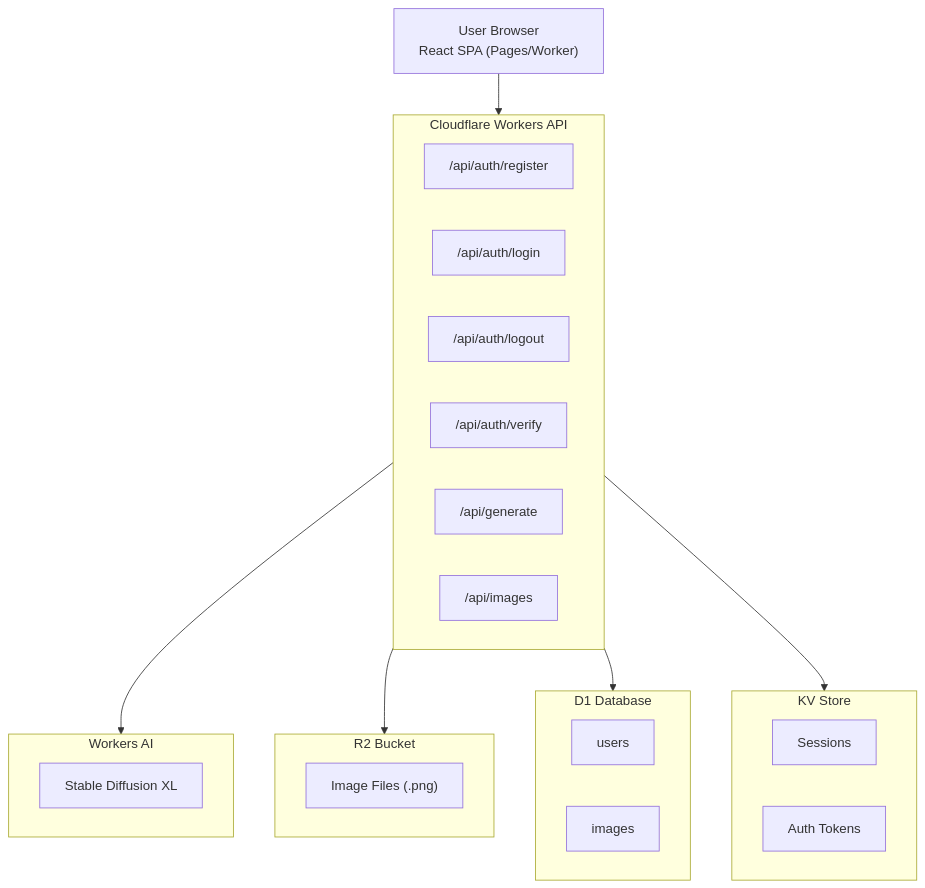
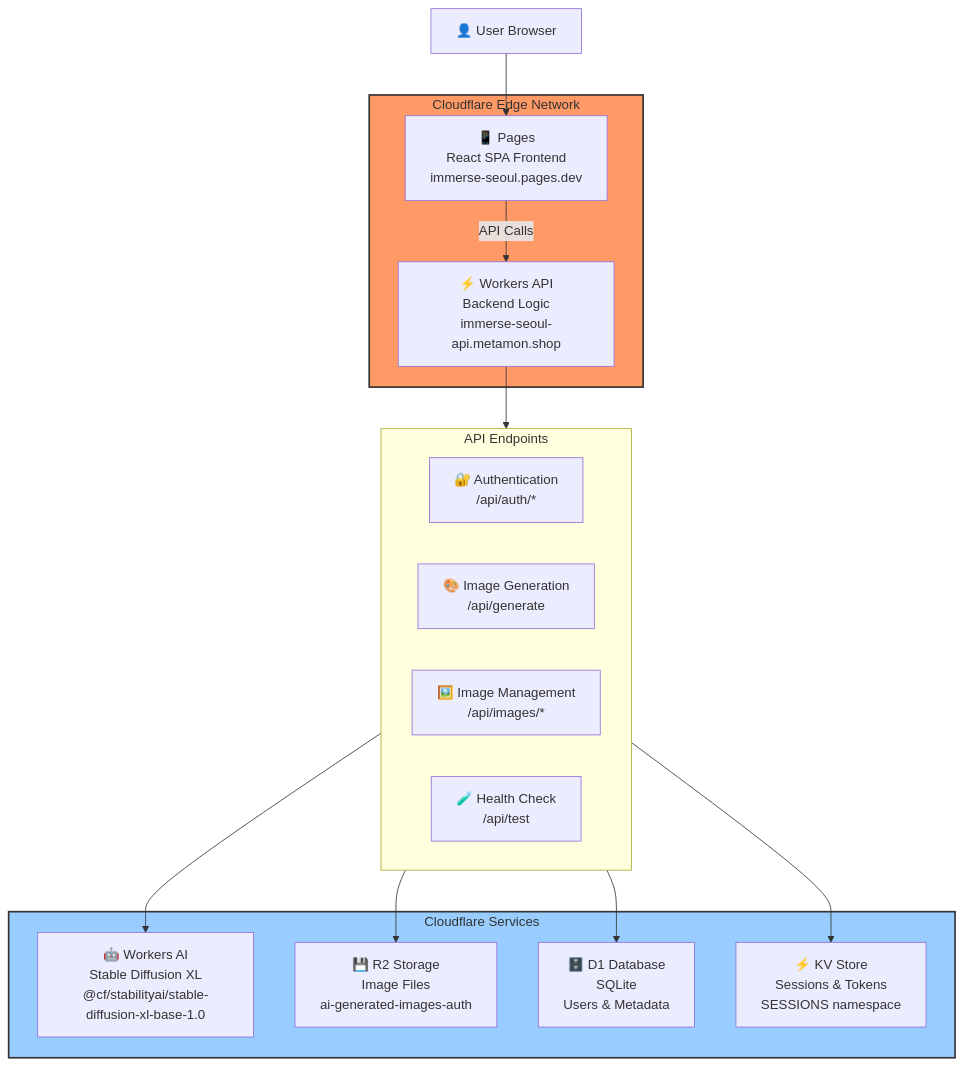
One commit to cf-song2/immerse-seoul-2025 changed the first of 2 diagrams in README.md. Above: the diagram before and after it, drawn with Mermaid. The commit also changed other lines of this file and 10 other files, not shown here.

````diff
--- a/README.md
+++ b/README.md
@@ -6,36 +14,35 @@
 ```mermaid
 flowchart TD
-    Browser["User Browser\nReact SPA (Pages/Worker)"] --> WorkerAPI
+    User[👤 User Browser] --> Pages
     
-    subgraph WorkerAPI["Cloudflare Workers API"]
-        Register["/api/auth/register"] 
-        Login["/api/auth/login"]
-        Logout["/api/auth/logout"]
-        Verify["/api/auth/verify"]
-        Generate["/api/generate"]
-        Images["/api/images"]
+    subgraph CF[Cloudflare Edge Network]
+        Pages[📱 Pages<br/>React SPA Frontend<br/>immerse-seoul.pages.dev]
+        Worker[⚡ Workers API<br/>Backend Logic<br/>immerse-seoul-api.metamon.shop]
     end
     
-    WorkerAPI --> WorkersAI
-    WorkerAPI --> R2
-    WorkerAPI --> D1
-    WorkerAPI --> KV
+    Pages -->|API Calls| Worker
     
-    subgraph WorkersAI["Workers AI"]
-        SDXL["Stable Diffusion XL"]    
+    subgraph APIs[API Endpoints]
+        Auth[🔐 Authentication<br/>/api/auth/*]
+        Generate[🎨 Image Generation<br/>/api/generate]
+        Images[🖼️ Image Management<br/>/api/images/*]
+        Test[🧪 Health Check<br/>/api/test]
     end
     
-    subgraph R2["R2 Bucket"]
-        ImageFiles["Image Files (.png)"]    
+    Worker --> APIs
+    
+    subgraph Services[Cloudflare Services]
+        AI[🤖 Workers AI<br/>Stable Diffusion XL<br/>@cf/stabilityai/stable-diffusion-xl-base-1.0]
+        R2[💾 R2 Storage<br/>Image Files<br/>ai-generated-images-auth]
+        D1[🗄️ D1 Database<br/>SQLite<br/>Users & Metadata]
+        KV[⚡ KV Store<br/>Sessions & Tokens<br/>SESSIONS namespace]
     end
     
-    subgraph D1["D1 Database"]
-        Users["users"]    
-        Images2["images"]    
-    end
+    APIs --> AI
+    APIs --> R2
+    APIs --> D1
+    APIs --> KV
     
-    subgraph KV["KV Store"]
-        Sessions["Sessions"]
-        AuthTokens["Auth Tokens"]    
-    end
+    style CF fill:#f96,stroke:#333,stroke-width:2px
+    style Services fill:#9cf,stroke:#333,stroke-width:2px
 ```
````
